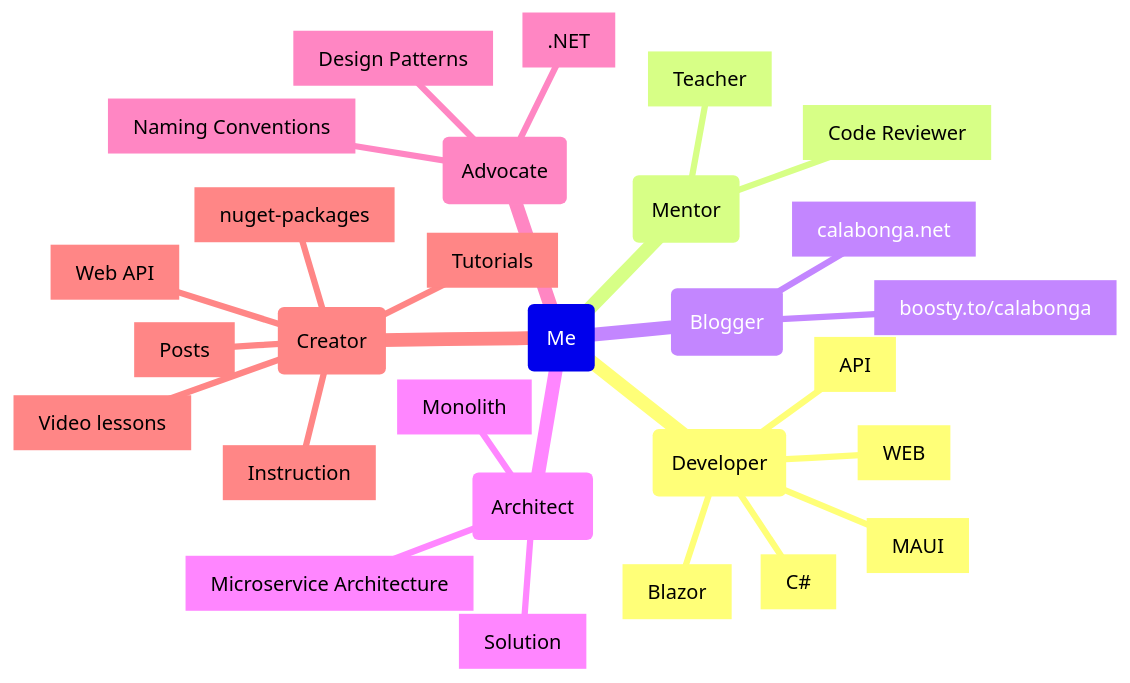
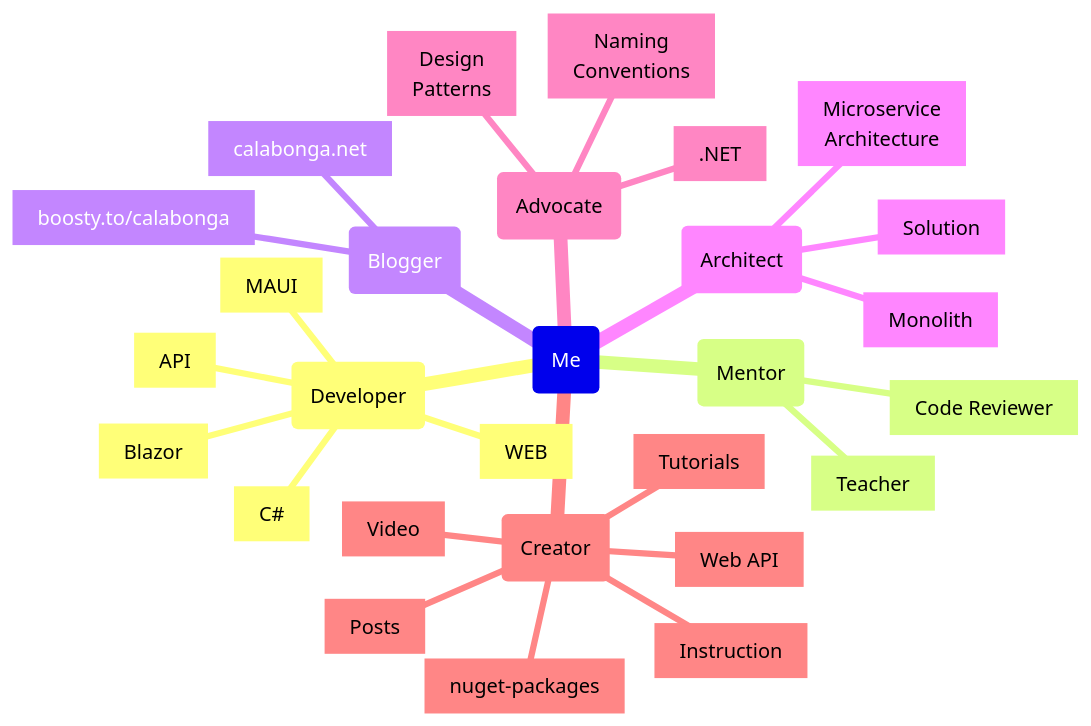
Before and after one commit to Calabonga/Calabonga: the diagram in README.md, drawn with Mermaid.

````diff
--- a/README.md
+++ b/README.md
@@ -5,31 +5,31 @@
 ``` mermaid
 mindmap
   root(Me)
     (Developer)
         [C#]
         [WEB]
         [API]
         [Blazor]
         [MAUI]
     (Mentor)
         [Teacher]
         [Code Reviewer]
     (Blogger)
         [calabonga.net]
         [boosty.to/calabonga]
     (Architect)
-        [Microservice Architecture]
+        [Microservice<br/>Architecture]
         [Monolith]
         [Solution]
     (Advocate)
       [.NET]
-      [Design Patterns]
-      [Naming Conventions]
+      [Design<br/>Patterns]
+      [Naming<br/>Conventions]
     (Creator)
         [Web API]
         [nuget-packages]
-        [Video lessons]
+        [Video]
         [Posts]
         [Instruction]
         [Tutorials]
 ```
````
